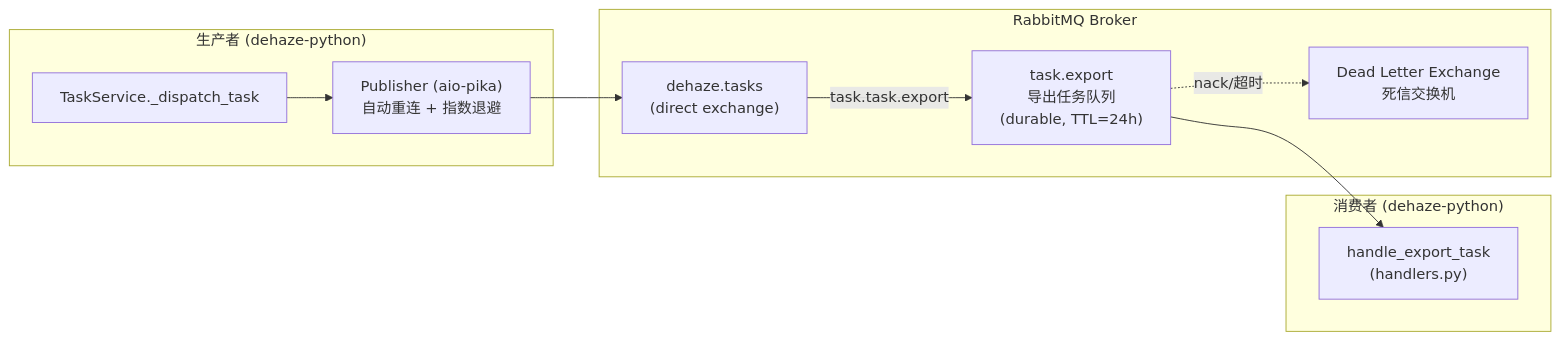
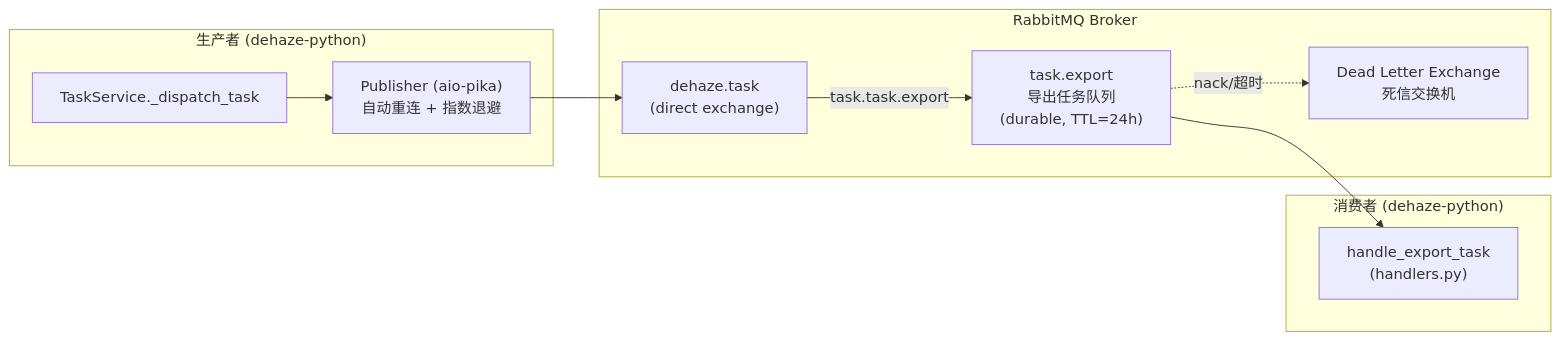
Before and after one commit to earthy-zinc/dehaze-system: the tenth of 15 diagrams in dehaze-doc/docs/02-系统架构/08-后端基础设施设计(Python).md, drawn with Mermaid. The commit also changed other lines of this file and 10 other files, not shown here.

````diff
--- a/dehaze-doc/docs/02-系统架构/08-后端基础设施设计(Python).md
+++ b/dehaze-doc/docs/02-系统架构/08-后端基础设施设计(Python).md
@@ -648,23 +809,23 @@
 ```mermaid
 flowchart LR
     subgraph Producer["生产者 (dehaze-python)"]
         TaskService["TaskService._dispatch_task"]
         Publisher["Publisher (aio-pika)<br/>自动重连 + 指数退避"]
     end
 
     subgraph RabbitMQ["RabbitMQ Broker"]
-        Exchange["dehaze.tasks<br/>(direct exchange)"]
+        Exchange["dehaze.task<br/>(direct exchange)"]
         Q1["task.export<br/>导出任务队列<br/>(durable, TTL=24h)"]
         DLX["Dead Letter Exchange<br/>死信交换机"]
     end
 
     subgraph Consumer["消费者 (dehaze-python)"]
         ExportWorker["handle_export_task<br/>(handlers.py)"]
     end
 
     TaskService --> Publisher
     Publisher --> Exchange
     Exchange -->|"task.task.export"| Q1
     Q1 --> ExportWorker
     Q1 -.->|"nack/超时"| DLX
 ```
````
